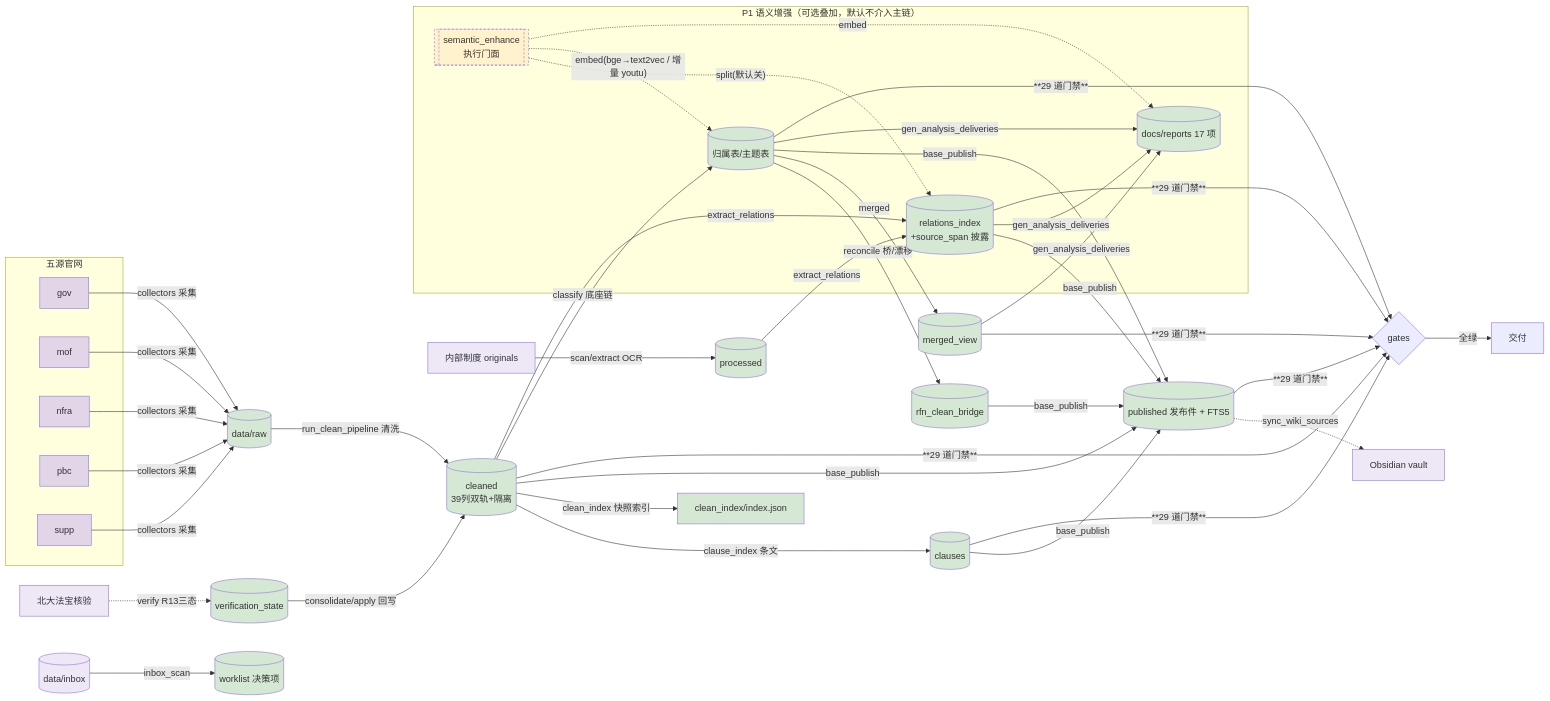
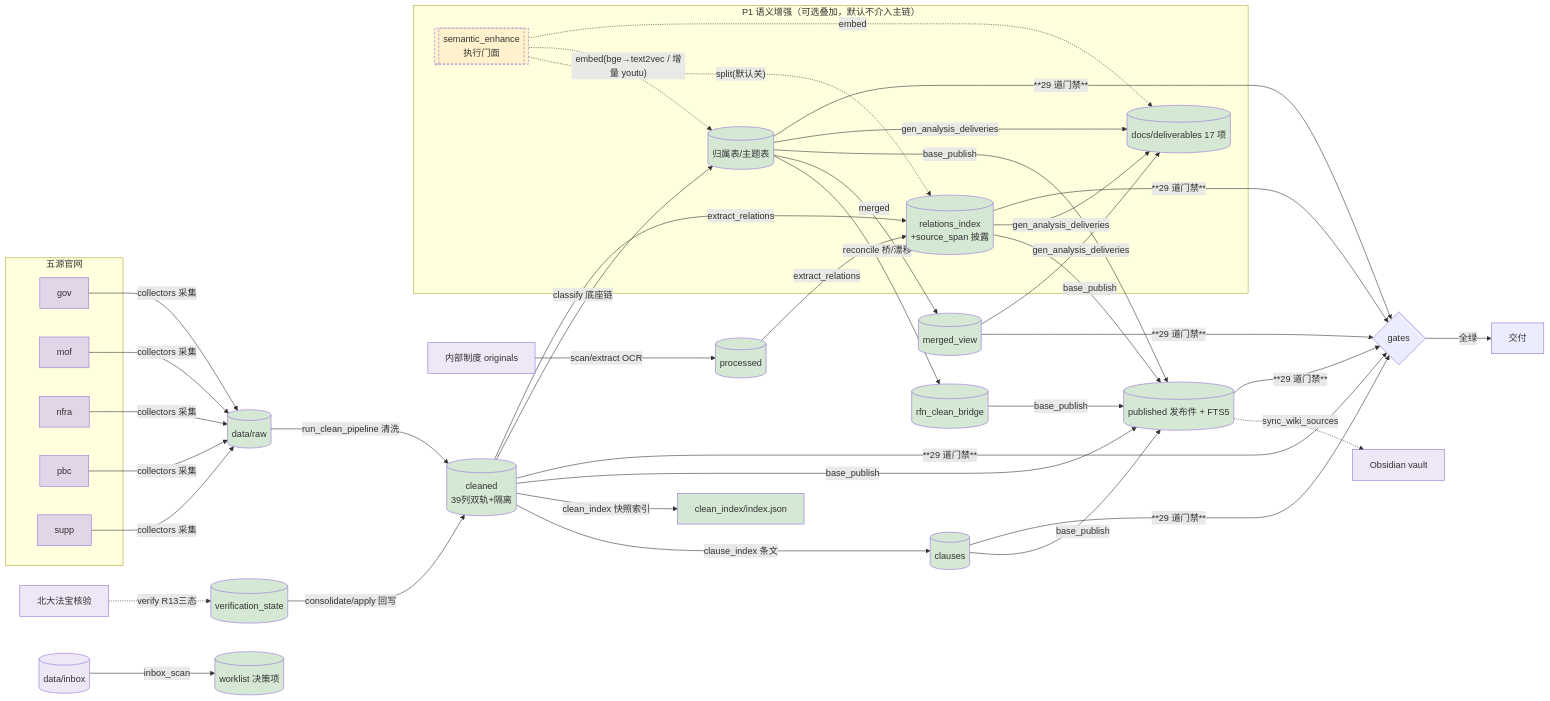
One commit to wangtierui/orchestrator changed the second of 4 diagrams in README.md. Above: the diagram before and after it, drawn with Mermaid. The commit also changed other lines of this file and 309 other files, not shown here.

````diff
--- a/README.md
+++ b/README.md
@@ -177,38 +177,38 @@
 ```mermaid
 flowchart LR
     subgraph SRC[五源官网]
         G[gov] ; M[mof] ; N[nfra] ; P[pbc] ; S[supp]
     end
     G & M & N & P & S -->|collectors 采集| RAW[(data/raw)]
     RAW -->|run_clean_pipeline 清洗| C[(cleaned<br/>39列双轨+隔离)]
     C -->|clause_index 条文| CL[(clauses)]
     C -->|clean_index 快照索引| CIDX[clean_index/index.json]
     V[北大法宝核验] -.->|verify R13三态| STV[(verification_state)]
     STV -->|consolidate/apply 回写| C
     C -->|classify 底座链| AT[(归属表/主题表)]
     C -->|extract_relations| REL[(relations_index<br/>+source_span 披露)]
     INT[内部制度 originals] -->|scan/extract OCR| PC[(processed)]
     PC -->|extract_relations| REL
     AT -->|reconcile 桥/漂移| BR[(rfn_clean_bridge)]
     AT -->|merged| MV[(merged_view)]
     C & CL & BR & AT & REL -->|base_publish| PUB[(published 发布件 + FTS5)]
-    AT & MV & REL -->|gen_analysis_deliveries| AN[(docs/reports 17 项)]
+    AT & MV & REL -->|gen_analysis_deliveries| AN[(docs/deliverables 17 项)]
     INBOX[(data/inbox)] -->|inbox_scan| WL[(worklist 决策项)]
     PUB -.->|sync_wiki_sources| KB[Obsidian vault]
     C & CL & AT & REL & MV & PUB -->|**29 道门禁**| G8{gates}
     G8 -->|全绿| OK[交付]
     subgraph P1[P1 语义增强（可选叠加，默认不介入主链）]
         SE[["semantic_enhance<br/>执行门面"]]
         SE -.->|"split(默认关)"| REL
         SE -.->|"embed(bge→text2vec / 增量 youtu)"| AT
         SE -.->|"embed"| AN
     end
     classDef src fill:#e1d5e7
     classDef store fill:#d5e8d4
     classDef ext fill:#ede7f6
     classDef enh fill:#fff2cc,stroke-dasharray:4 3
     class G,M,N,P,S src
     class RAW,C,CL,CIDX,STV,AT,REL,PC,BR,MV,PUB,AN,WL store
     class V,INT,INBOX,KB ext
     class SE enh
 ```
````
